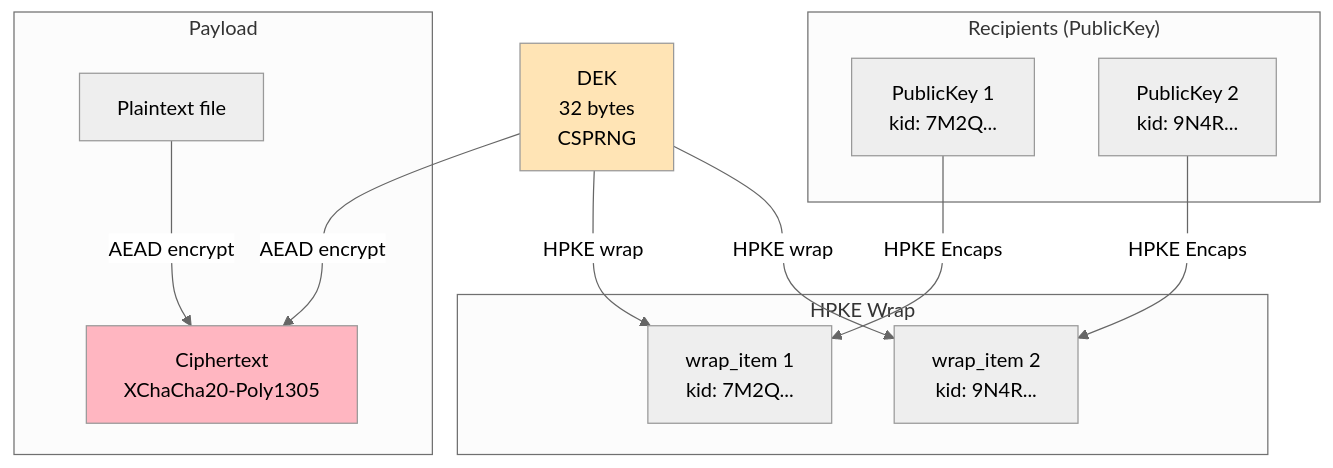
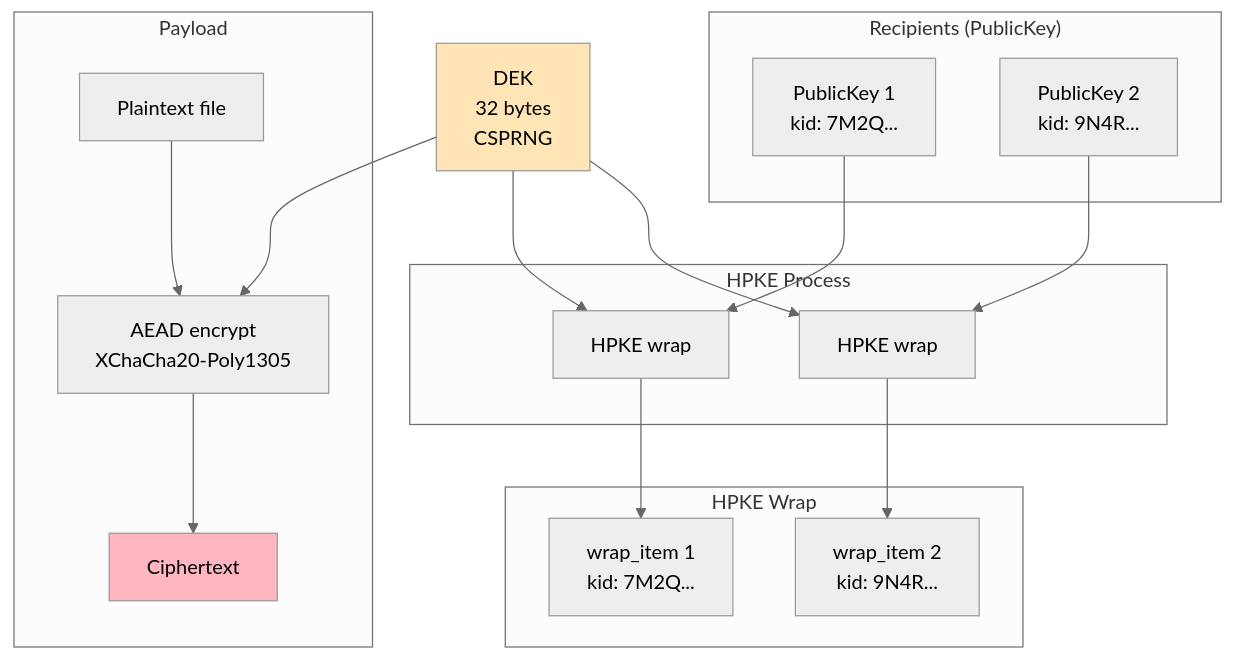
Before and after one commit to ebisawa/secretenv: the third of 6 diagrams in guides/security_design_en.md, drawn with Mermaid (neutral theme). The commit also changed other lines of this file and 3 other files, not shown here.

````diff
--- a/guides/security_design_en.md
+++ b/guides/security_design_en.md
@@ -377,29 +447,38 @@
 ```mermaid
 graph TB
     subgraph recipients["Recipients (PublicKey)"]
         PK1["PublicKey 1<br/>kid: 7M2Q..."]
         PK2["PublicKey 2<br/>kid: 9N4R..."]
+    end
+
+    subgraph hpke["HPKE Process"]
+        HPKE1[HPKE wrap]
+        HPKE2[HPKE wrap]
     end
 
     subgraph wrap["HPKE Wrap"]
         W1["wrap_item 1<br/>kid: 7M2Q..."]
         W2["wrap_item 2<br/>kid: 9N4R..."]
     end
 
     DEK["DEK<br/>32 bytes<br/>CSPRNG"]
 
     subgraph payload["Payload"]
         PT[Plaintext file]
-        CT["Ciphertext<br/>XChaCha20-Poly1305"]
+        AEAD[AEAD encrypt<br/>XChaCha20-Poly1305]
+        CT["Ciphertext"]
     end
 
-    PK1 -->|HPKE Encaps| W1
-    PK2 -->|HPKE Encaps| W2
-    DEK -->|HPKE wrap| W1
-    DEK -->|HPKE wrap| W2
-    DEK -->|AEAD encrypt| CT
-    PT -->|AEAD encrypt| CT
+    PK1 --> HPKE1
+    DEK --> HPKE1
+    HPKE1 --> W1
+    PK2 --> HPKE2
+    DEK --> HPKE2
+    HPKE2 --> W2
+    DEK --> AEAD
+    PT --> AEAD
+    AEAD --> CT
 
     style DEK fill:#FFE4B5
     style CT fill:#FFB6C1
 ```
````
